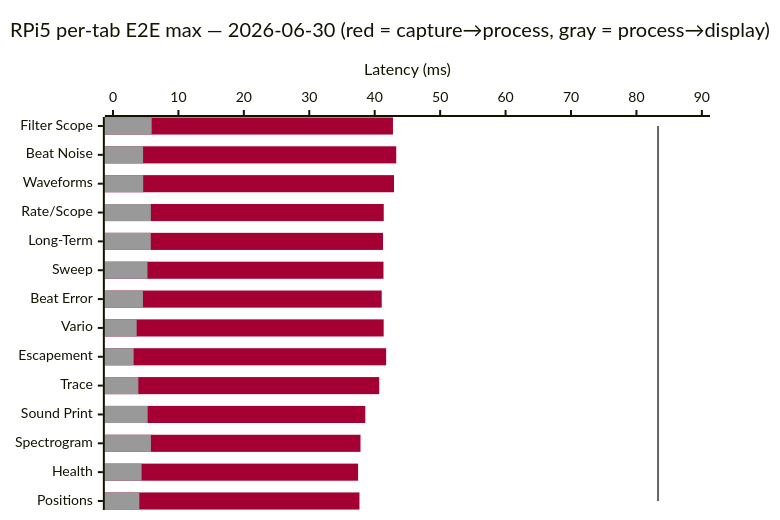
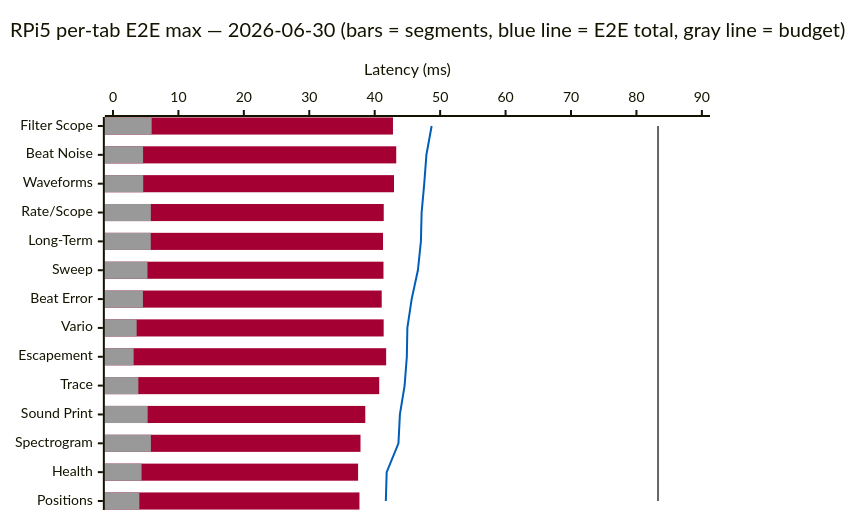
The fourth of 6 diagrams in Milestone/en/4-Planned-Experiments.md (lgcmu2026-team5/TimeGrapher-Docs), drawn with Mermaid before and after one commit. The commit also changed other lines of this file and 1 other file, not shown here.

Commit message:
docs: align EXP-03 split chart with table

````diff
--- a/Milestone/en/4-Planned-Experiments.md
+++ b/Milestone/en/4-Planned-Experiments.md
@@ -188,10 +188,11 @@
 ```mermaid
-%%{init: {"themeVariables": {"xyChart": {"plotColorPalette": "#A50034, #999999, #666666"}}}}%%
+%%{init: {"themeVariables": {"xyChart": {"plotColorPalette": "#A50034, #999999, #005EB8, #666666"}}}}%%
 xychart-beta horizontal
-    title "RPi5 per-tab E2E max — 2026-06-30 (red = capture→process, gray = process→display)"
+    title "RPi5 per-tab E2E max — 2026-06-30 (bars = segments, blue line = E2E total, gray line = budget)"
     x-axis ["Filter Scope", "Beat Noise", "Waveforms", "Rate/Scope", "Long-Term", "Sweep", "Beat Error", "Vario", "Escapement", "Trace", "Sound Print", "Spectrogram", "Health", "Positions"]
     y-axis "Latency (ms)" 0 --> 90
     bar [42.79, 43.29, 42.95, 41.38, 41.27, 41.34, 41.07, 41.37, 41.75, 40.69, 38.56, 37.83, 37.46, 37.67]
     bar [5.91, 4.60, 4.62, 5.79, 5.78, 5.27, 4.58, 3.62, 3.16, 3.88, 5.30, 5.80, 4.37, 4.03]
+    line [48.70, 47.90, 47.57, 47.17, 47.06, 46.60, 45.65, 44.99, 44.91, 44.57, 43.85, 43.63, 41.83, 41.70]
     line [83.3, 83.3, 83.3, 83.3, 83.3, 83.3, 83.3, 83.3, 83.3, 83.3, 83.3, 83.3, 83.3, 83.3]
 ```
````
